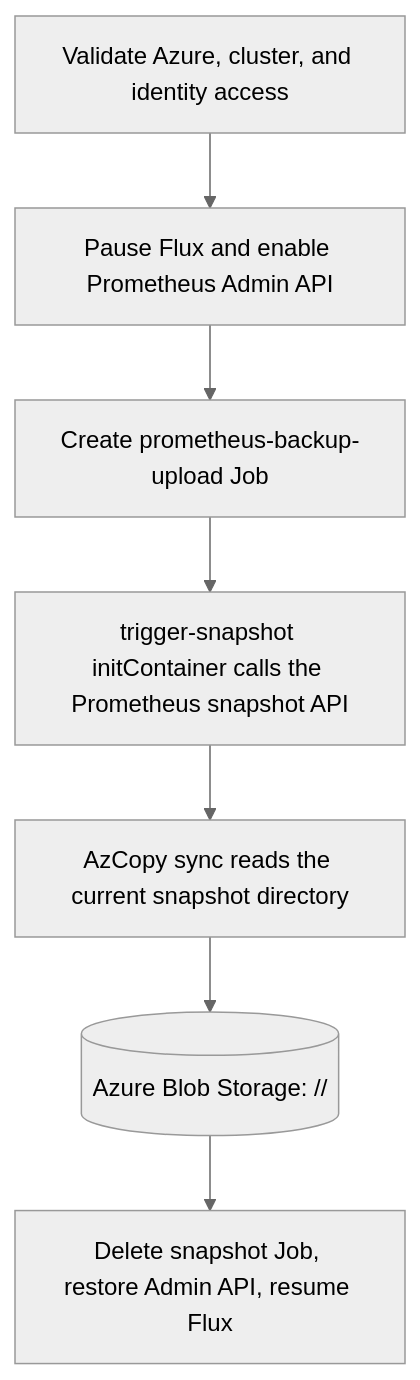
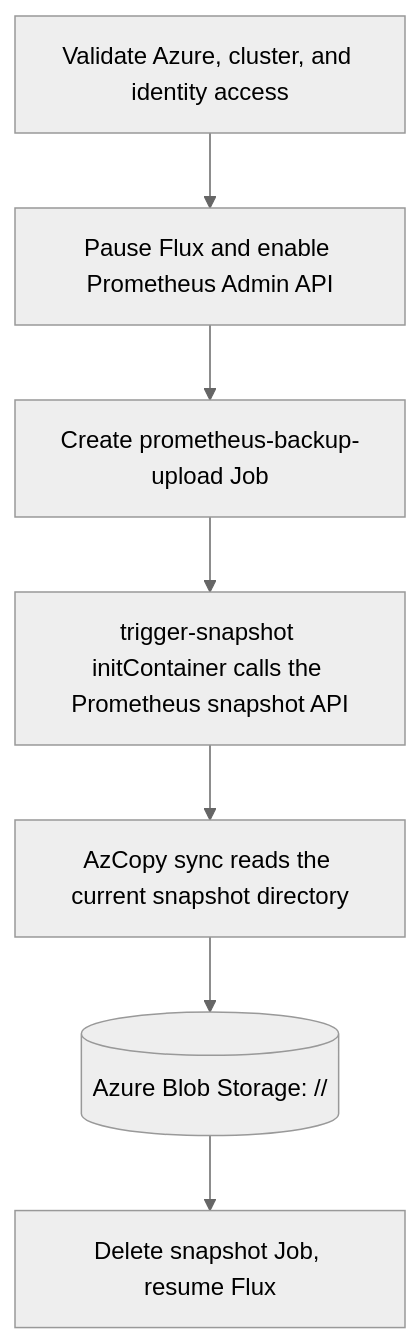
The first of 2 diagrams in scripts/prometheus-operator/README.md (equinor/radix-platform), drawn with Mermaid (neutral theme) before and after one commit.

Commit message:
Apply suggestion from @Richard87

````diff
--- a/scripts/prometheus-operator/README.md
+++ b/scripts/prometheus-operator/README.md
@@ -52,11 +52,11 @@
 ```mermaid
 flowchart TD
         preflight[Validate Azure, cluster, and identity access]
         admin[Pause Flux and enable Prometheus Admin API]
         job[Create prometheus-backup-upload Job]
         snapshot[trigger-snapshot initContainer calls the Prometheus snapshot API]
         sync[AzCopy sync reads the current snapshot directory]
         blob[(Azure Blob Storage: <cluster>/<backup-name>/)]
-        cleanup[Delete snapshot Job, restore Admin API, resume Flux]
+        cleanup[Delete snapshot Job, resume Flux]
         preflight --> admin --> job --> snapshot --> sync --> blob --> cleanup
 ```
````
